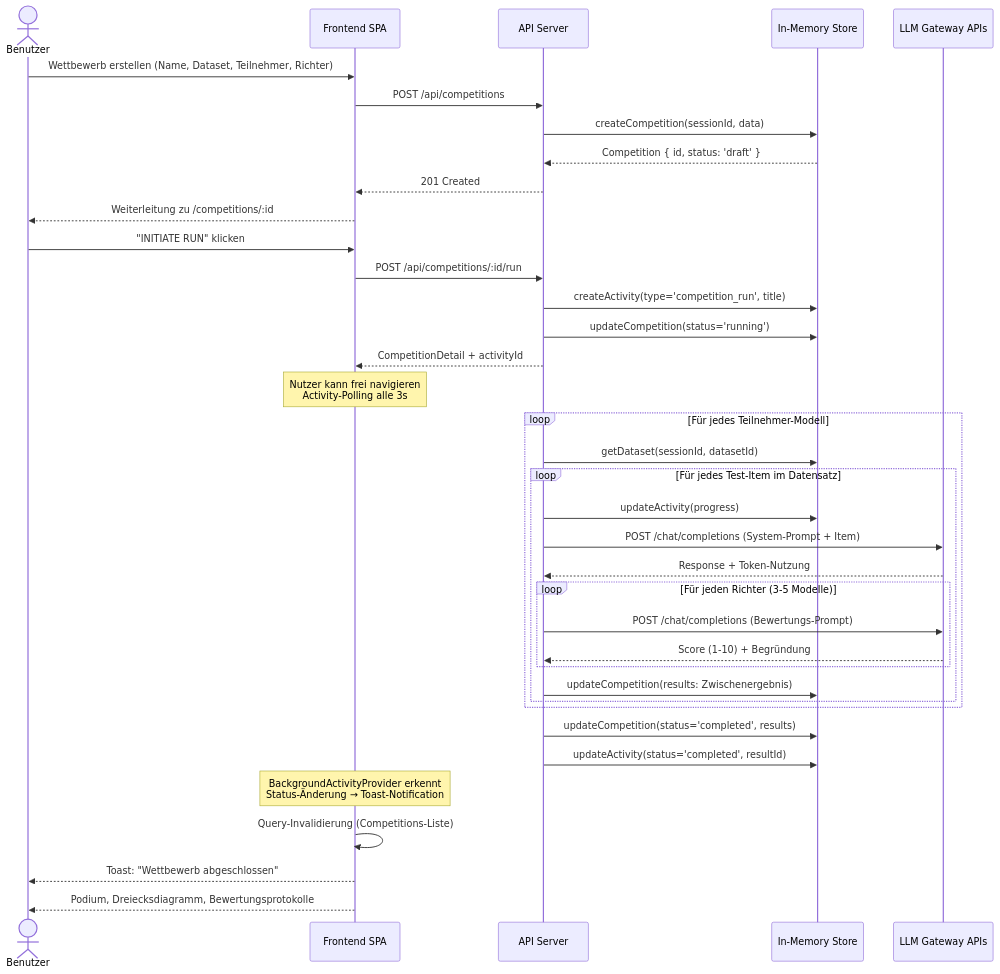
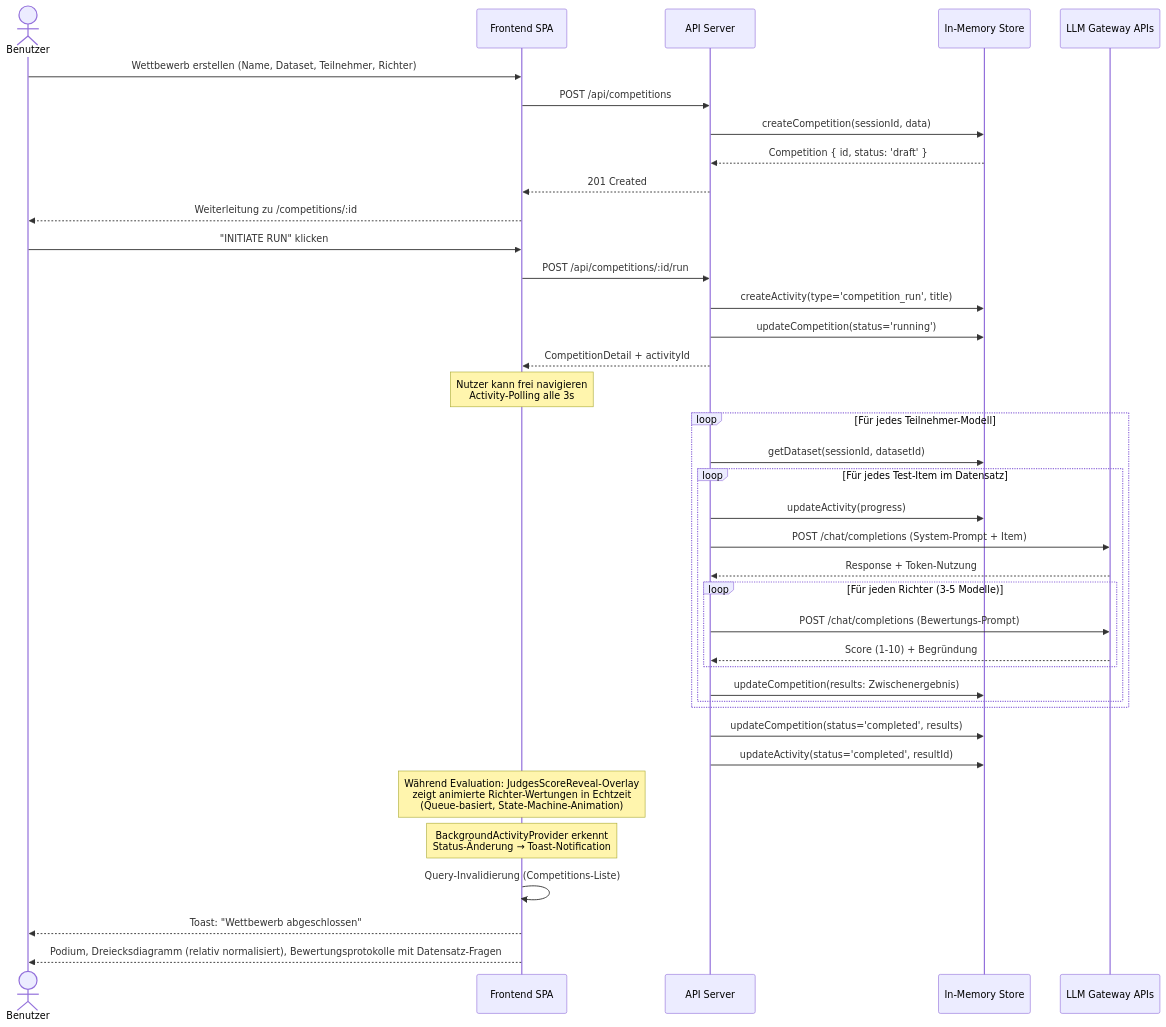
Before and after one commit to merlinbecker/LLM-Eval-Games2026: the ninth of 15 diagrams in arc42.md, drawn with Mermaid. The commit also changed other lines of this file and 39 other files, not shown here.

````diff
--- a/arc42.md
+++ b/arc42.md
@@ -467,45 +470,47 @@
 ```mermaid
 sequenceDiagram
     actor User as Benutzer
     participant FE as Frontend SPA
     participant API as API Server
     participant Store as In-Memory Store
     participant LLM as LLM Gateway APIs
 
     User->>FE: Wettbewerb erstellen (Name, Dataset, Teilnehmer, Richter)
     FE->>API: POST /api/competitions
     API->>Store: createCompetition(sessionId, data)
     Store-->>API: Competition { id, status: 'draft' }
     API-->>FE: 201 Created
     FE-->>User: Weiterleitung zu /competitions/:id
 
     User->>FE: "INITIATE RUN" klicken
     FE->>API: POST /api/competitions/:id/run
     API->>Store: createActivity(type='competition_run', title)
     API->>Store: updateCompetition(status='running')
     API-->>FE: CompetitionDetail + activityId
 
     Note over FE: Nutzer kann frei navigieren<br/>Activity-Polling alle 3s
 
     loop Für jedes Teilnehmer-Modell
         API->>Store: getDataset(sessionId, datasetId)
         loop Für jedes Test-Item im Datensatz
             API->>Store: updateActivity(progress)
             API->>LLM: POST /chat/completions (System-Prompt + Item)
             LLM-->>API: Response + Token-Nutzung
             loop Für jeden Richter (3-5 Modelle)
                 API->>LLM: POST /chat/completions (Bewertungs-Prompt)
                 LLM-->>API: Score (1-10) + Begründung
             end
             API->>Store: updateCompetition(results: Zwischenergebnis)
         end
     end
 
     API->>Store: updateCompetition(status='completed', results)
     API->>Store: updateActivity(status='completed', resultId)
 
+    Note over FE: Während Evaluation: JudgesScoreReveal-Overlay<br/>zeigt animierte Richter-Wertungen in Echtzeit<br/>(Queue-basiert, State-Machine-Animation)
+
     Note over FE: BackgroundActivityProvider erkennt<br/>Status-Änderung → Toast-Notification
     FE->>FE: Query-Invalidierung (Competitions-Liste)
     FE-->>User: Toast: "Wettbewerb abgeschlossen"
-    FE-->>User: Podium, Dreiecksdiagramm, Bewertungsprotokolle
+    FE-->>User: Podium, Dreiecksdiagramm (relativ normalisiert), Bewertungsprotokolle mit Datensatz-Fragen
 ```
````
